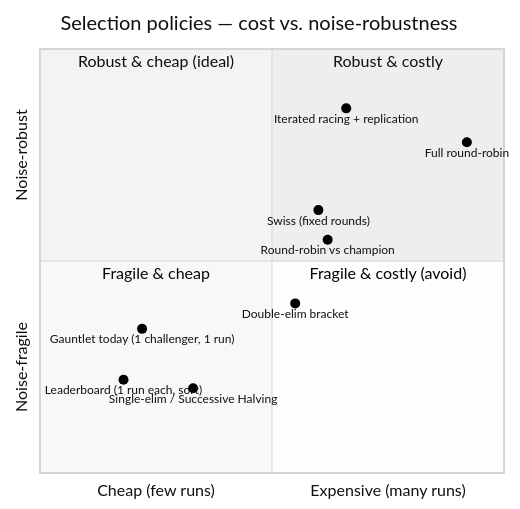
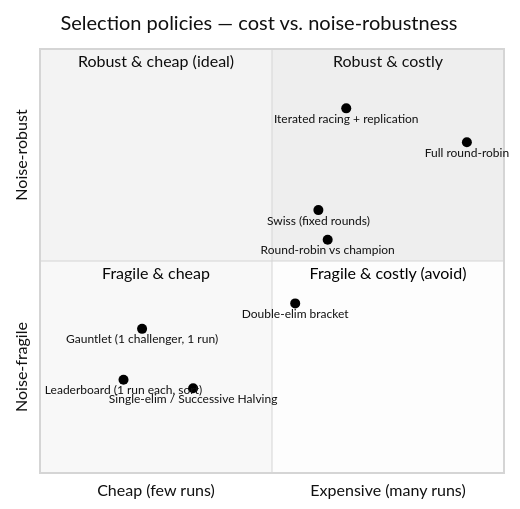
Before and after one commit to pedapudi/zicato: the ninth of 12 diagrams in docs/design/SELECTION.md, drawn with Mermaid (neutral theme). The commit also changed other lines of this file and 128 other files, not shown here.

````diff
--- a/docs/design/SELECTION.md
+++ b/docs/design/SELECTION.md
@@ -770,18 +809,18 @@
 ```mermaid
 quadrantChart
     title Selection policies — cost vs. noise-robustness
     x-axis "Cheap (few runs)" --> "Expensive (many runs)"
     y-axis "Noise-fragile" --> "Noise-robust"
     quadrant-1 "Robust & costly"
     quadrant-2 "Robust & cheap (ideal)"
     quadrant-3 "Fragile & cheap"
     quadrant-4 "Fragile & costly (avoid)"
     "Leaderboard (1 run each, sort)": [0.18, 0.22]
-    "Gauntlet today (1 challenger, 1 run)": [0.22, 0.34]
+    "Gauntlet (1 challenger, 1 run)": [0.22, 0.34]
     "Single-elim / Successive Halving": [0.33, 0.20]
     "Double-elim bracket": [0.55, 0.40]
     "Round-robin vs champion": [0.62, 0.55]
     "Swiss (fixed rounds)": [0.60, 0.62]
     "Iterated racing + replication": [0.66, 0.86]
     "Full round-robin": [0.92, 0.78]
 ```
````
